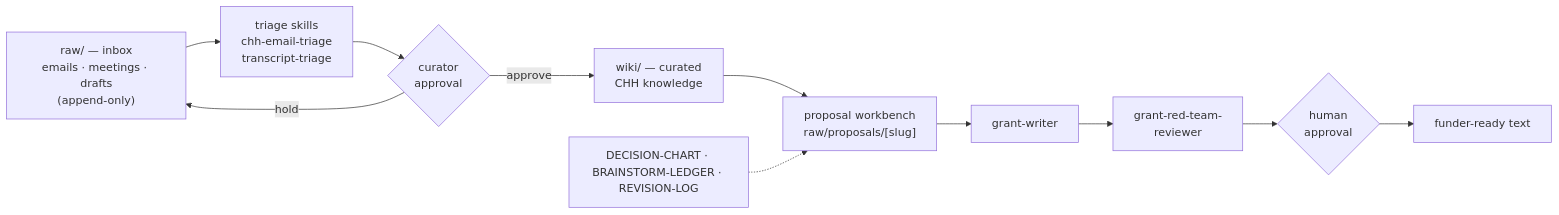
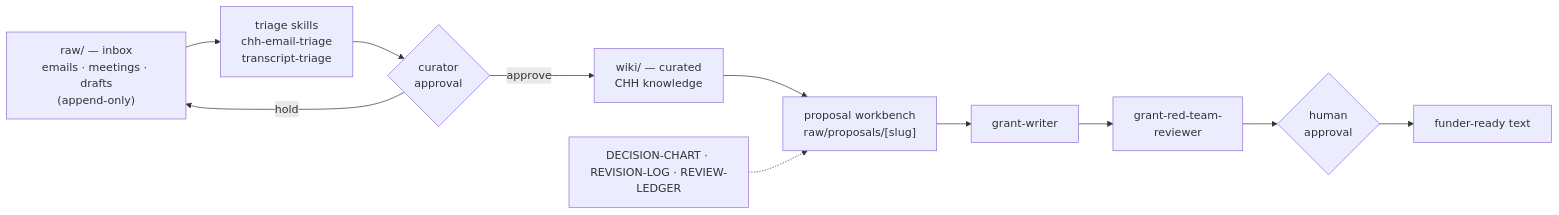
One commit to Cortexto/chh-cortex changed the diagram in README.md. Above: the diagram before and after it, drawn with Mermaid. The commit also changed other lines of this file and 7 other files, not shown here.

````diff
--- a/README.md
+++ b/README.md
@@ -19,18 +19,18 @@
 ```mermaid
 flowchart LR
     inbox["raw/ — inbox<br/>emails · meetings · drafts<br/>(append-only)"]
     triage["triage skills<br/>chh-email-triage<br/>transcript-triage"]
     cur{"curator<br/>approval"}
     wiki["wiki/ — curated<br/>CHH knowledge"]
     wb["proposal workbench<br/>raw/proposals/[slug]"]
     gw["grant-writer"]
     rt["grant-red-team-<br/>reviewer"]
     ok{"human<br/>approval"}
     out["funder-ready text"]
     inbox --> triage --> cur
     cur -->|approve| wiki
     cur -->|hold| inbox
     wiki --> wb
     wb --> gw --> rt --> ok --> out
-    ledgers["DECISION-CHART · BRAINSTORM-LEDGER · REVISION-LOG"] -.-> wb
+    ledgers["DECISION-CHART · REVISION-LOG · REVIEW-LEDGER"] -.-> wb
 ```
````
